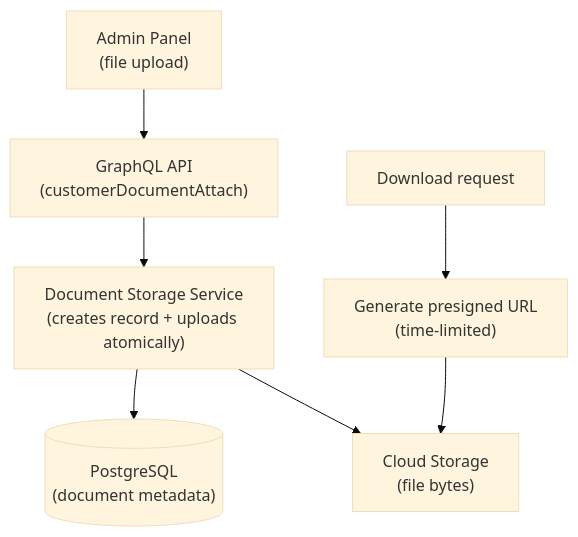
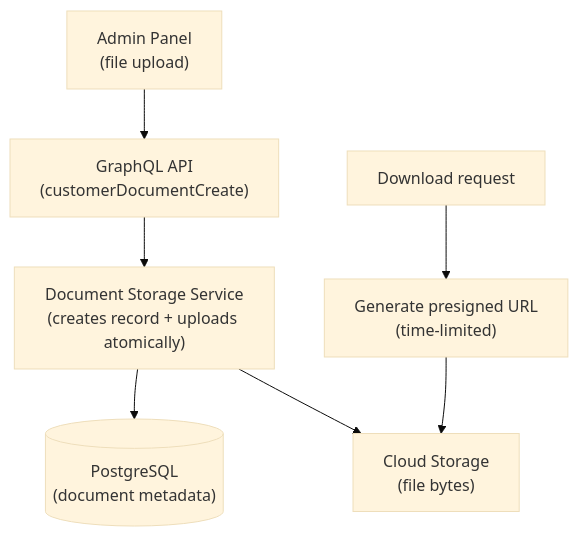
Before and after one commit to GaloyMoney/lana-bank: the first of 2 diagrams in docs-site/docs/technical-documentation/customers/documents.md, drawn with Mermaid (base theme). The commit also changed 10 other files, not shown here.

First line of the commit message:
fix(admin-server): rename customerDocumentAttach mutation to customerDocumentCreate

````diff
--- a/docs-site/docs/technical-documentation/customers/documents.md
+++ b/docs-site/docs/technical-documentation/customers/documents.md
@@ -13,9 +13,9 @@
 ```mermaid
 graph TD
-    AP["Admin Panel<br/>(file upload)"] --> GQL["GraphQL API<br/>(customerDocumentAttach)"]
+    AP["Admin Panel<br/>(file upload)"] --> GQL["GraphQL API<br/>(customerDocumentCreate)"]
     GQL --> DS["Document Storage Service<br/>(creates record + uploads atomically)"]
     DS --> DB[("PostgreSQL<br/>(document metadata)")]
     DS --> GCS["Cloud Storage<br/>(file bytes)"]
     GQL2["Download request"] --> LINK["Generate presigned URL<br/>(time-limited)"]
     LINK --> GCS
 ```
````
